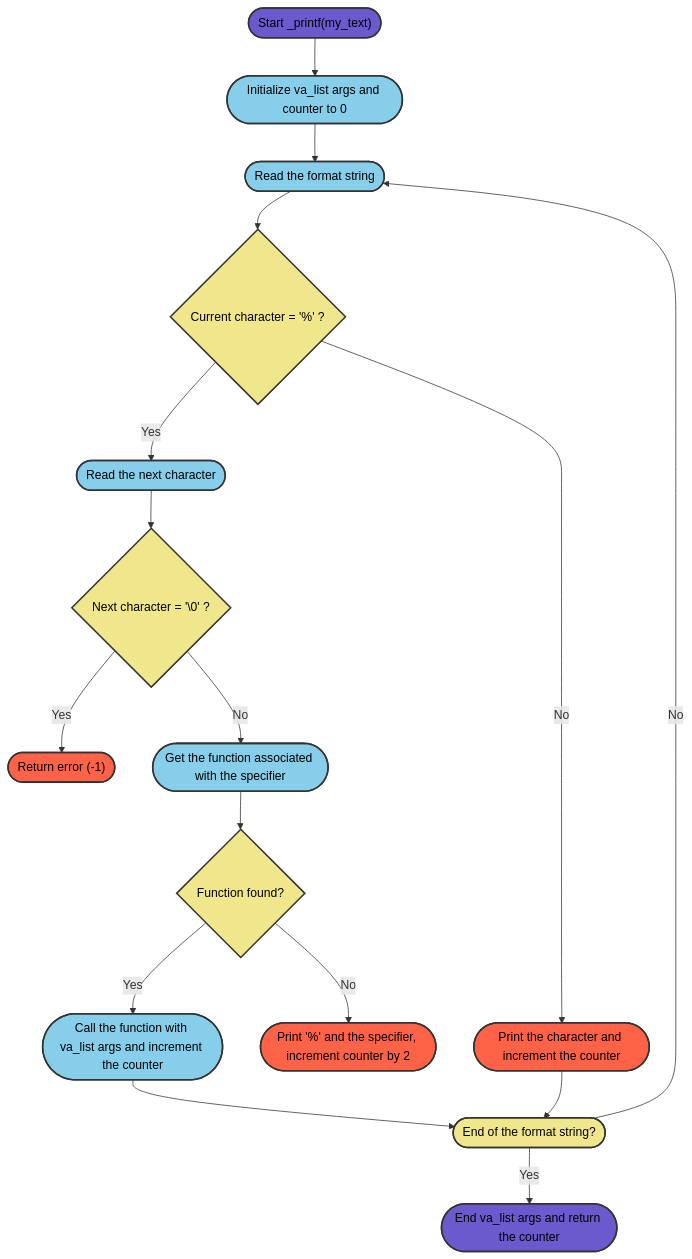
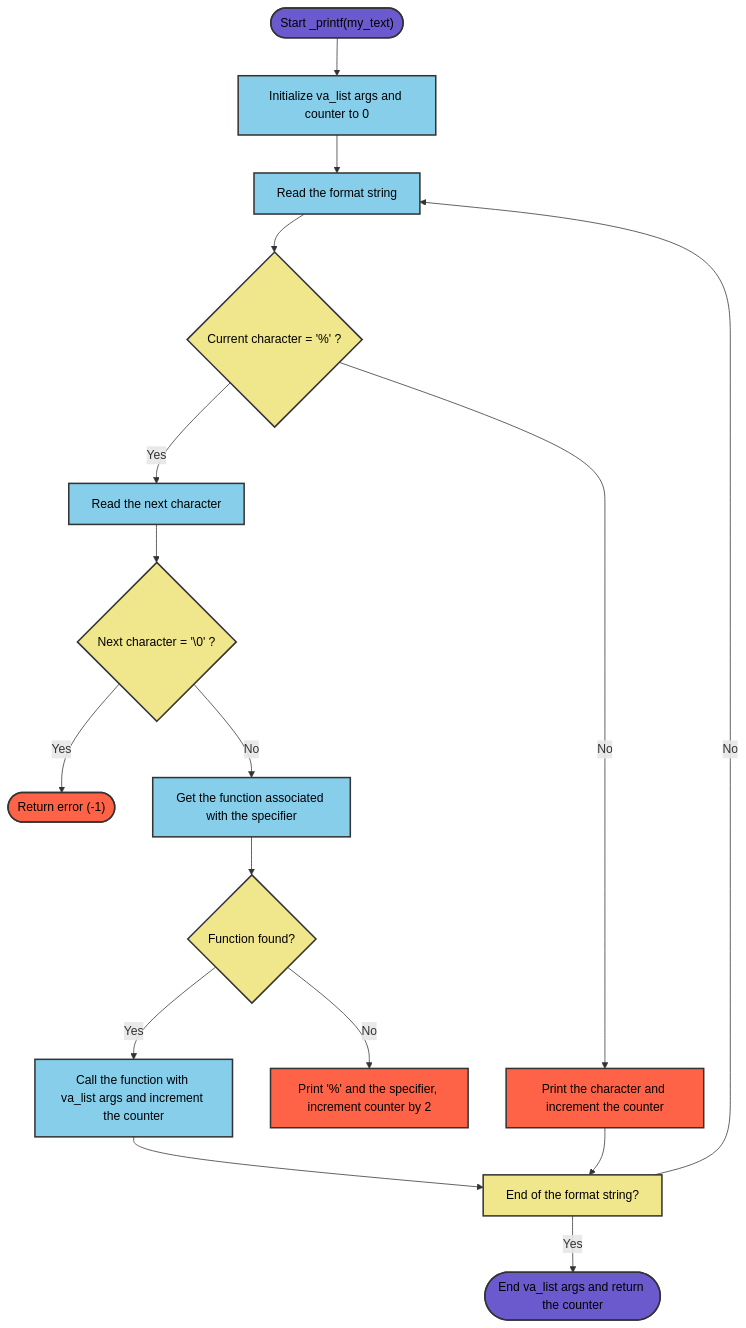
The diagram in README.md (Basco64/holbertonschool-printf), drawn with Mermaid before and after one commit.

Commit message:
Fix README Flowchart

````diff
--- a/README.md
+++ b/README.md
@@ -48,33 +48,33 @@
 ```mermaid
 graph TB
-A(["Start _printf(my_text)"]) --> B([Initialize va_list args and counter to 0])
-B --> C([Read the format string])
+A(["Start _printf(my_text)"]) --> B[Initialize va_list args and counter to 0]
+B --> C[Read the format string]
 C --> D{"Current character = '%' ?"}
-D -- No --> E([Print the character and increment the counter])
-D -- Yes --> F([Read the next character])
+D -- No --> E[Print the character and increment the counter]
+D -- Yes --> F[Read the next character]
 F --> G{"Next character = '\0' ?"}
 G -- Yes --> H(["Return error (-1)"])
-G -- No --> I([Get the function associated with the specifier])
+G -- No --> I[Get the function associated with the specifier]
 I --> J{Function found?}
-J -- No --> K(["Print '%' and the specifier, increment counter by 2"])
-J -- Yes --> L([Call the function with va_list args and increment the counter])
-L --> M([End of the format string?])
+J -- No --> K["Print '%' and the specifier, increment counter by 2"]
+J -- Yes --> L[Call the function with va_list args and increment the counter]
+L --> M[End of the format string?]
 E --> M
 M -- Yes --> N([End va_list args and return the counter])
 M -- No --> C
 
 style A fill:#6A5ACD,stroke:#333,stroke-width:2px,color:black
 style B fill:#87CEEB,stroke:#333,stroke-width:2px,color:black
 style C fill:#87CEEB,stroke:#333,stroke-width:2px,color:black
 style D fill:#F0E68C,stroke:#333,stroke-width:2px,color:black
 style E fill:#FF6347,stroke:#333,stroke-width:2px,color:black
 style F fill:#87CEEB,stroke:#333,stroke-width:2px,color:black
 style G fill:#F0E68C,stroke:#333,stroke-width:2px,color:black
 style H fill:#FF6347,stroke:#333,stroke-width:2px,color:black
 style I fill:#87CEEB,stroke:#333,stroke-width:2px,color:black
 style J fill:#F0E68C,stroke:#333,stroke-width:2px,color:black
 style K fill:#FF6347,stroke:#333,stroke-width:2px,color:black
 style L fill:#87CEEB,stroke:#333,stroke-width:2px,color:black
 style M fill:#F0E68C,stroke:#333,stroke-width:2px,color:black
 style N fill:#6A5ACD,stroke:#333,stroke-width:2px,color:black
 ```
````
